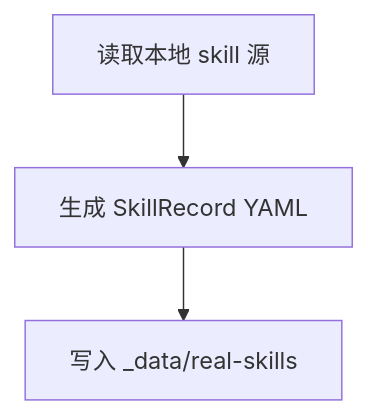
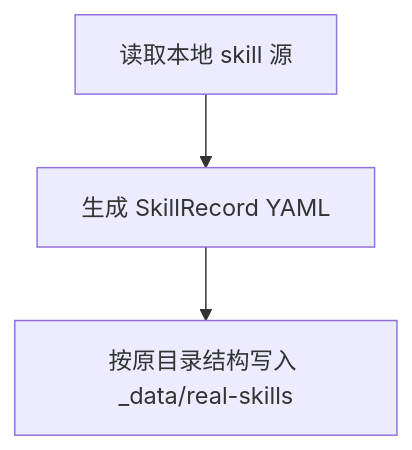
One commit to wisdomWindy/skill-hub changed the first of 3 diagrams in docs/requests/use-real-skill-data-directory/module-runs/module-01-real-skill-data-directory/plan/plan.md. Above: the diagram before and after it, drawn with Mermaid. The commit also changed other lines of this file and 50 other files, not shown here.

Commit message:
feat: mirror real skill data structure

````diff
--- a/docs/requests/use-real-skill-data-directory/module-runs/module-01-real-skill-data-directory/plan/plan.md
+++ b/docs/requests/use-real-skill-data-directory/module-runs/module-01-real-skill-data-directory/plan/plan.md
@@ -11,5 +11,5 @@
 ```mermaid
 flowchart TD
   A["读取本地 skill 源"] --> B["生成 SkillRecord YAML"]
-  B --> C["写入 _data/real-skills"]
+  B --> C["按原目录结构写入 _data/real-skills"]
 ```
````
